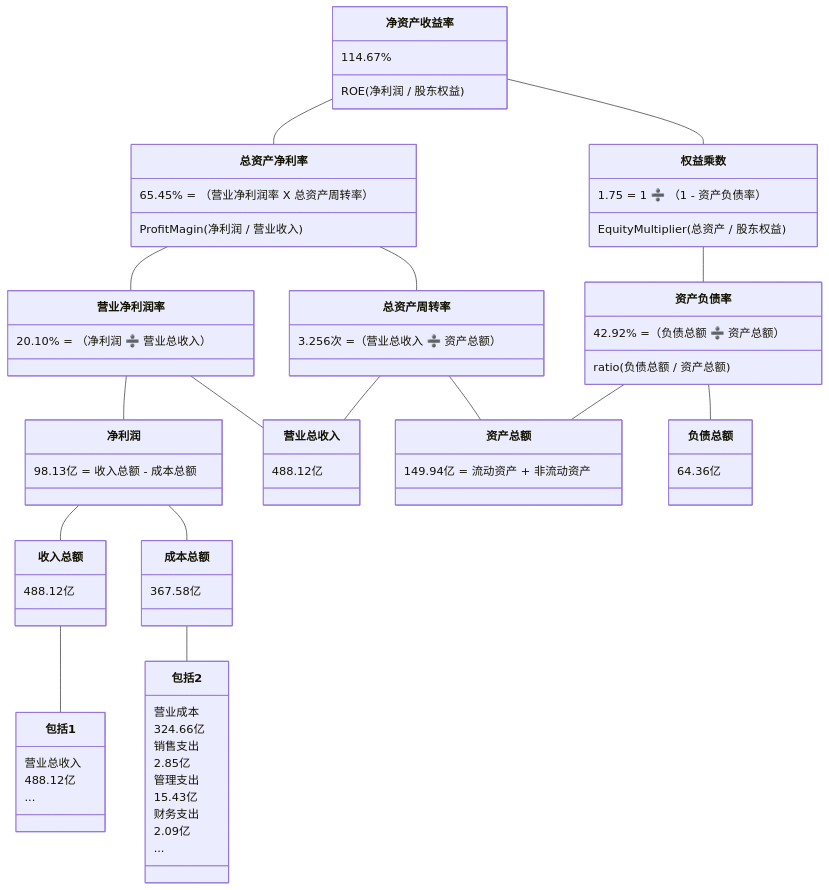
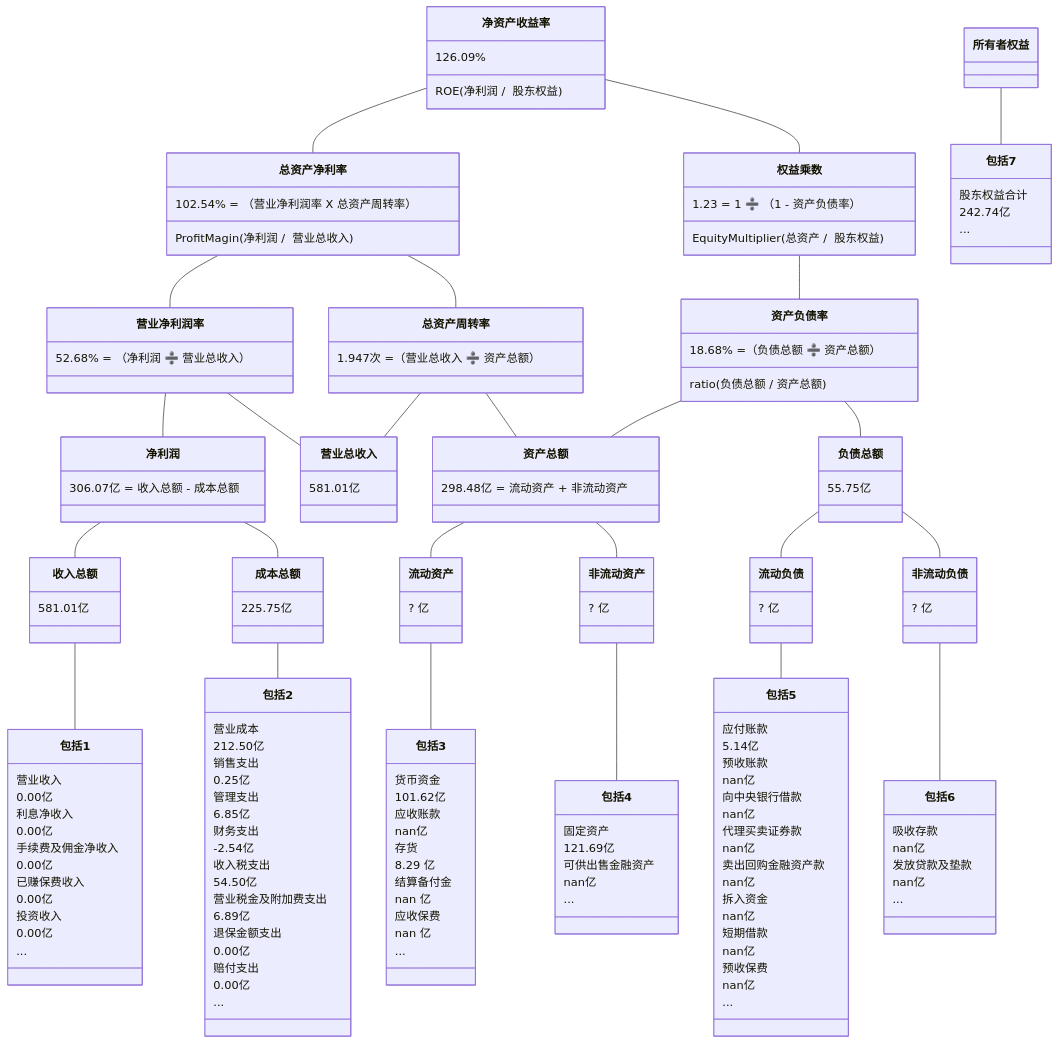
The tenth of 10 diagrams in 2/2.md (TheVeryDarkness/cs410), drawn with Mermaid before and after one commit. The commit also changed other lines of this file and 101 other files, not shown here.

````diff
--- a/2/2.md
+++ b/2/2.md
@@ -499,51 +1120,121 @@
 ```mermaid
 classDiagram
 净资产收益率 -- 总资产净利率
-	净资产收益率 : 114.67%
-	净资产收益率 : ROE(净利润 /  股东权益)
-	总资产净利率 : 65.45% = （营业净利润率 X 总资产周转率）
-	总资产净利率 : ProfitMagin(净利润 /  营业收入)
+    净资产收益率 : 126.09%
+    净资产收益率 : ROE(净利润 /  股东权益)
+    总资产净利率 : 102.54% = （营业净利润率 X 总资产周转率）
+    总资产净利率 : ProfitMagin(净利润 /  营业总收入)
 净资产收益率 -- 权益乘数
-	权益乘数 : 1.75 = 1 ➗ （1 - 资产负债率）
-	权益乘数 : EquityMultiplier(总资产 /  股东权益)
-	
+    权益乘数 : 1.23 = 1 ➗ （1 - 资产负债率）
+    权益乘数 : EquityMultiplier(总资产 /  股东权益)
+    
 总资产净利率 -- 营业净利润率
-	营业净利润率 : 20.10% = （净利润 ➗ 营业总收入）
+    营业净利润率 : 52.68% = （净利润 ➗ 营业总收入）
 总资产净利率 -- 总资产周转率
-	总资产周转率 : 3.256次 =（营业总收入 ➗ 资产总额）
+    总资产周转率 : 1.947次 =（营业总收入 ➗ 资产总额）
 权益乘数 -- 资产负债率
-	资产负债率  : 42.92% =（负债总额 ➗ 资产总额）
-	资产负债率  : ratio(负债总额 / 资产总额)
+    资产负债率  : 18.68% =（负债总额 ➗ 资产总额）
+    资产负债率  : ratio(负债总额 / 资产总额)
 
 营业净利润率 -- 净利润
-	净利润 : 98.13亿 = 收入总额 - 成本总额
+    净利润 : 306.07亿 = 收入总额 - 成本总额
 营业净利润率 -- 营业总收入
-	营业总收入 : 488.12亿
+    营业总收入 : 581.01亿
 总资产周转率 -- 营业总收入
 总资产周转率 -- 资产总额
-	资产总额 : 149.94亿 = 流动资产 + 非流动资产
+    资产总额 : 298.48亿 = 流动资产 + 非流动资产
 资产负债率 -- 　负债总额
-	负债总额 : 64.36亿
+    负债总额 : 55.75亿
 资产负债率 -- 　资产总额
 
 
 净利润 -- 收入总额
-	收入总额 : 488.12亿
+    收入总额 : 581.01亿
 净利润 -- 成本总额
-	成本总额 : 367.58亿
+    成本总额 : 225.75亿
+资产总额 -- 流动资产
+	流动资产 : ? 亿
+资产总额 -- 非流动资产
+	非流动资产 : ? 亿
+负债总额 -- 流动负债
+	流动负债 : ? 亿
+负债总额 -- 非流动负债
+	非流动负债 : ? 亿
 
 收入总额 -- 包括1
-	包括1 : 营业总收入
-	包括1 : 488.12亿
-	包括1 : ...
+    包括1 : 营业收入
+    包括1 : 0.00亿
+    包括1 : 利息净收入
+    包括1 : 0.00亿
+    包括1 : 手续费及佣金净收入
+    包括1 : 0.00亿
+    包括1 : 已赚保费收入
+    包括1 : 0.00亿
+    包括1 : 投资收入
+    包括1 : 0.00亿
+    包括1 : ...
 成本总额 -- 包括2
-	包括2 : 营业成本
-	包括2 : 324.66亿
-	包括2 : 销售支出
-	包括2 : 2.85亿
-	包括2 : 管理支出
-	包括2 : 15.43亿
-	包括2 : 财务支出
-	包括2 : 2.09亿
-	包括2 : ...
+    包括2 : 营业成本
+    包括2 : 212.50亿
+    包括2 : 销售支出
+    包括2 : 0.25亿
+    包括2 : 管理支出
+    包括2 : 6.85亿
+    包括2 : 财务支出
+    包括2 : -2.54亿
+    包括2 : 收入税支出
+    包括2 : 54.50亿
+    包括2 : 营业税金及附加费支出
+    包括2 : 6.89亿
+    包括2 : 退保金额支出
+    包括2 : 0.00亿
+    包括2 : 赔付支出
+    包括2 : 0.00亿
+    包括2 : ...
+流动资产 -- 包括3
+    包括3 : 货币资金
+    包括3 : 101.62亿
+    包括3 : 应收账款
+    包括3 : nan亿
+    包括3 : 存货
+    包括3 : 8.29 亿
+    包括3 : 结算备付金
+    包括3 : nan 亿
+    包括3 : 应收保费
+    包括3 : nan 亿
+    包括3 : ...
+非流动资产 -- 包括4
+    包括4 : 固定资产
+    包括4 : 121.69亿
+    包括4 : 可供出售金融资产
+    包括4 : nan亿
+    包括4 : ...
+流动负债 -- 包括5
+    包括5 : 应付账款
+    包括5 : 5.14亿
+    包括5 : 预收账款
+    包括5 : nan亿
+    包括5 : 向中央银行借款
+    包括5 : nan亿
+    包括5 : 代理买卖证券款
+    包括5 : nan亿
+    包括5 : 卖出回购金融资产款
+    包括5 : nan亿
+    包括5 : 拆入资金
+    包括5 : nan亿
+    包括5 : 短期借款
+    包括5 : nan亿
+    包括5 : 预收保费
+    包括5 : nan亿
+    包括5 : ...
+非流动负债 -- 包括6
+    包括6 : 吸收存款
+    包括6 : nan亿
+    包括6 : 发放贷款及垫款
+    包括6 : nan亿
+    包括6 : ...
+所有者权益 -- 包括7
+    包括7 : 股东权益合计
+    包括7 : 242.74亿
+    包括7 : ...
 ```
````
